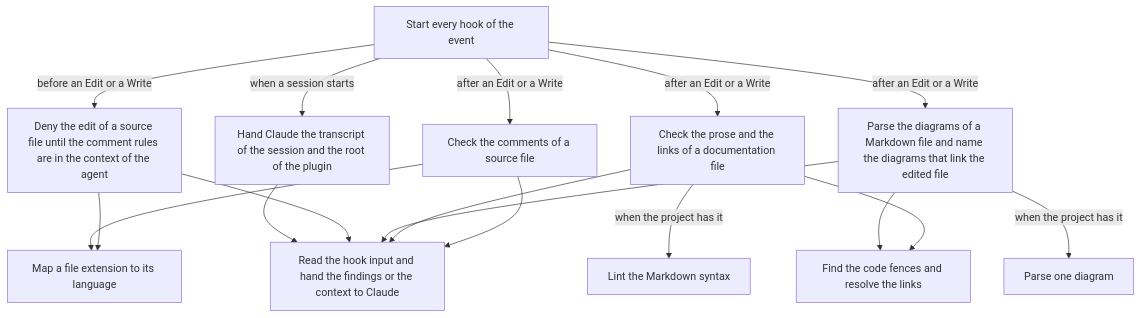
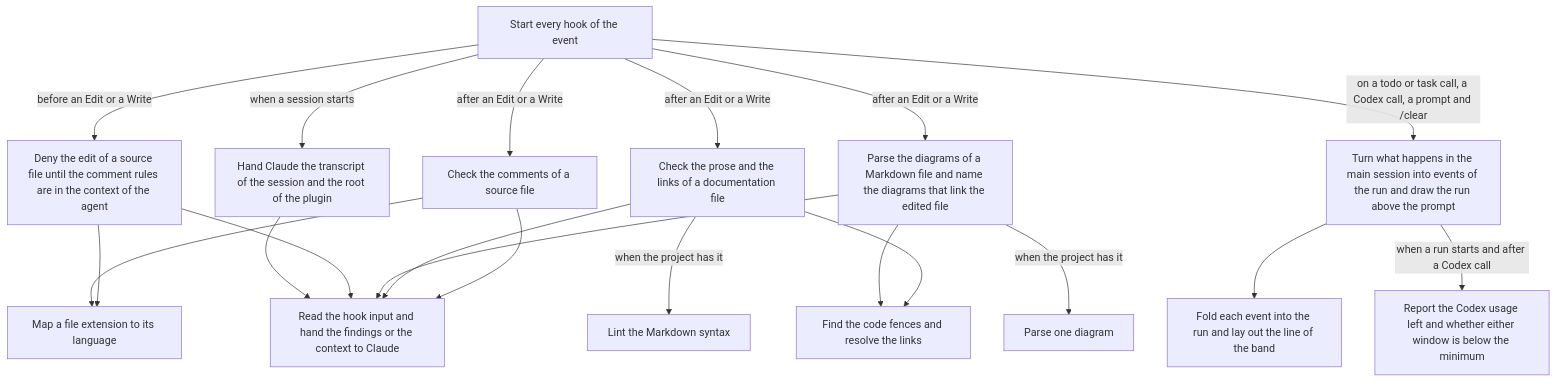
Before and after one commit to renefatuaki/skills: the diagram in hooks/README.md, drawn with Mermaid. The commit also changed other lines of this file and 11 other files, not shown here.

First line of the commit message:
feat(hooks): show the todo progress and the Codex usage above the prompt (#18)

````diff
--- a/hooks/README.md
+++ b/hooks/README.md
@@ -5,21 +5,24 @@
 ```mermaid
 flowchart TD
-  accTitle: What happens when a session starts, before Claude edits a file and after?
+  accTitle: What happens when a session starts, before and after Claude edits a file, and while Claude works through a todo list?
   hooksJson["Start every hook of the event"]
   hooksJson -->|"when a session starts"| sessionContext["Hand Claude the transcript of the session and the root of the plugin"]
   hooksJson -->|"before an Edit or a Write"| loadCommentRules["Deny the edit of a source file until the comment rules are in the context of the agent"]
   hooksJson -->|"after an Edit or a Write"| checkComments["Check the comments of a source file"]
   hooksJson -->|"after an Edit or a Write"| checkDocs["Check the prose and the links of a documentation file"]
   hooksJson -->|"after an Edit or a Write"| checkDiagrams["Parse the diagrams of a Markdown file and name the diagrams that link the edited file"]
+  hooksJson -->|"on a todo or task call, a Codex call, a prompt and /clear"| progress["Turn what happens in the main session into events of the run and draw the run above the prompt"]
   checkDocs -->|"when the project has it"| markdownlint["Lint the Markdown syntax"]
   checkDiagrams -->|"when the project has it"| mermaid["Parse one diagram"]
   checkDocs --> markdown["Find the code fences and resolve the links"]
   checkDiagrams --> markdown
   checkComments --> hook["Read the hook input and hand the findings or the context to Claude"]
   checkDocs --> hook
   checkDiagrams --> hook
   loadCommentRules --> languages["Map a file extension to its language"]
   checkComments --> languages
   loadCommentRules --> hook
   sessionContext --> hook
+  progress --> run["Fold each event into the run and lay out the line of the band"]
+  progress -->|"when a run starts and after a Codex call"| codexModel["Report the Codex usage left and whether either window is below the minimum"]
 ```
````
